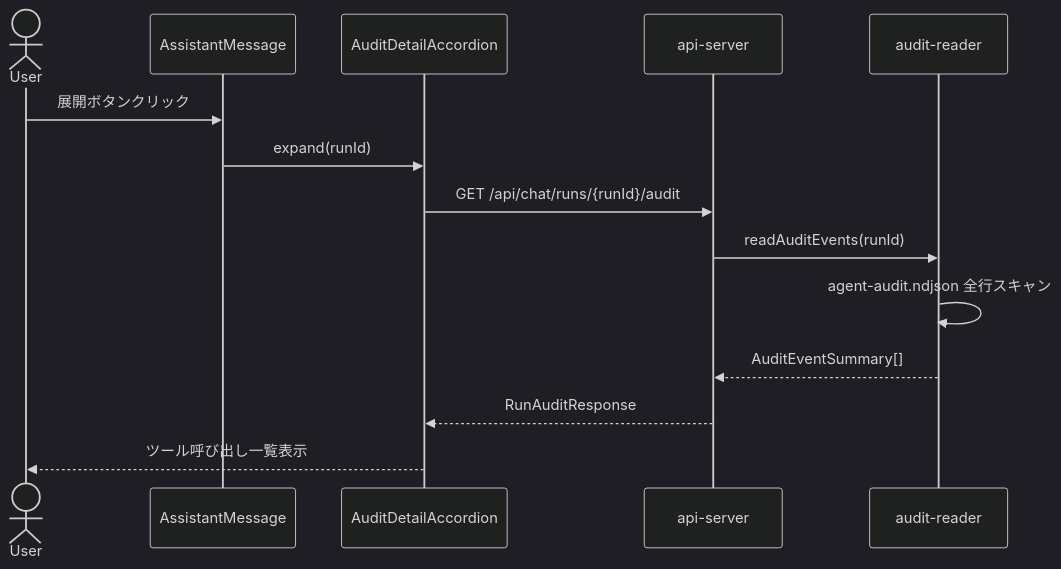
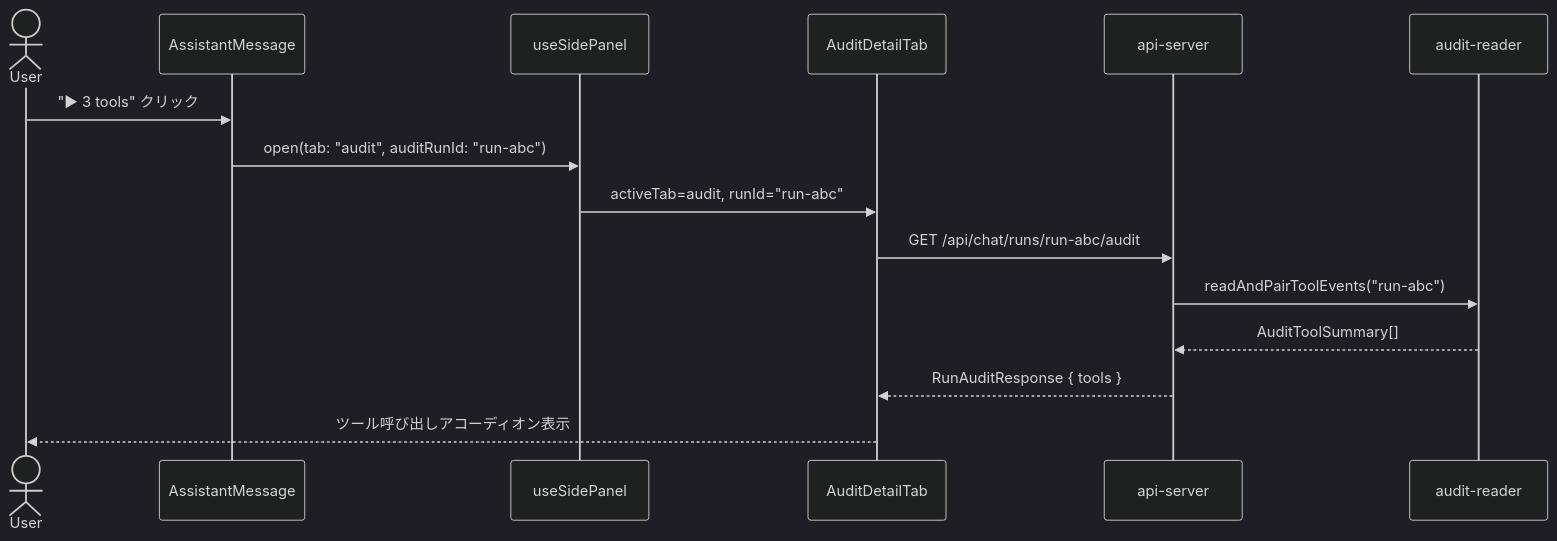
Before and after one commit to masahide/adjutant: the second of 3 diagrams in doc/plan/260223-s04-chat-ui-heartbeat-filter-audit-detail.md, drawn with Mermaid (dark theme). The commit also changed other lines of this file, not shown here.

````diff
--- a/doc/plan/260223-s04-chat-ui-heartbeat-filter-audit-detail.md
+++ b/doc/plan/260223-s04-chat-ui-heartbeat-filter-audit-detail.md
@@ -256,17 +415,18 @@
 ```mermaid
 sequenceDiagram
     actor User
-    participant UI as AssistantMessage
-    participant ACC as AuditDetailAccordion
+    participant AM as AssistantMessage
+    participant SP as useSidePanel
+    participant ADT as AuditDetailTab
     participant API as api-server
     participant AR as audit-reader
 
-    User->>UI: 展開ボタンクリック
-    UI->>ACC: expand(runId)
-    ACC->>API: GET /api/chat/runs/{runId}/audit
-    API->>AR: readAuditEvents(runId)
-    AR->>AR: agent-audit.ndjson 全行スキャン
-    AR-->>API: AuditEventSummary[]
-    API-->>ACC: RunAuditResponse
-    ACC-->>User: ツール呼び出し一覧表示
+    User->>AM: "▶ 3 tools" クリック
+    AM->>SP: open(tab: "audit", auditRunId: "run-abc")
+    SP->>ADT: activeTab=audit, runId="run-abc"
+    ADT->>API: GET /api/chat/runs/run-abc/audit
+    API->>AR: readAndPairToolEvents("run-abc")
+    AR-->>API: AuditToolSummary[]
+    API-->>ADT: RunAuditResponse { tools }
+    ADT-->>User: ツール呼び出しアコーディオン表示
 ```
````
